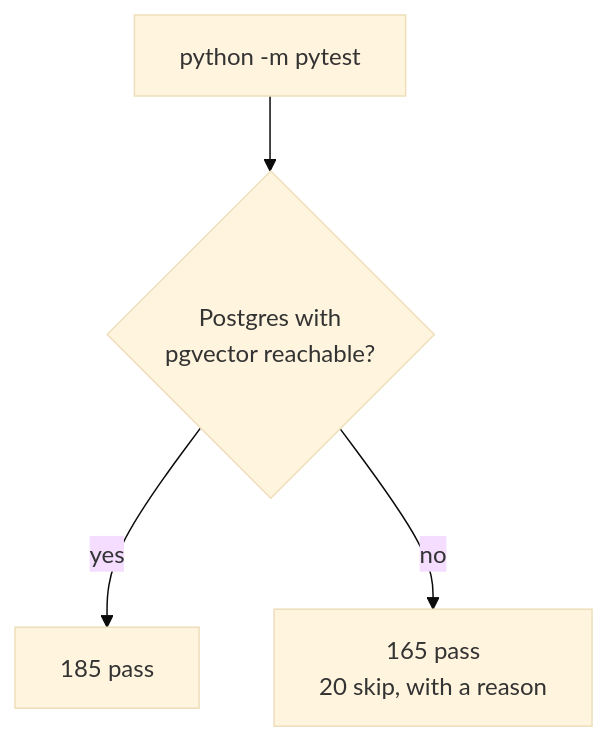
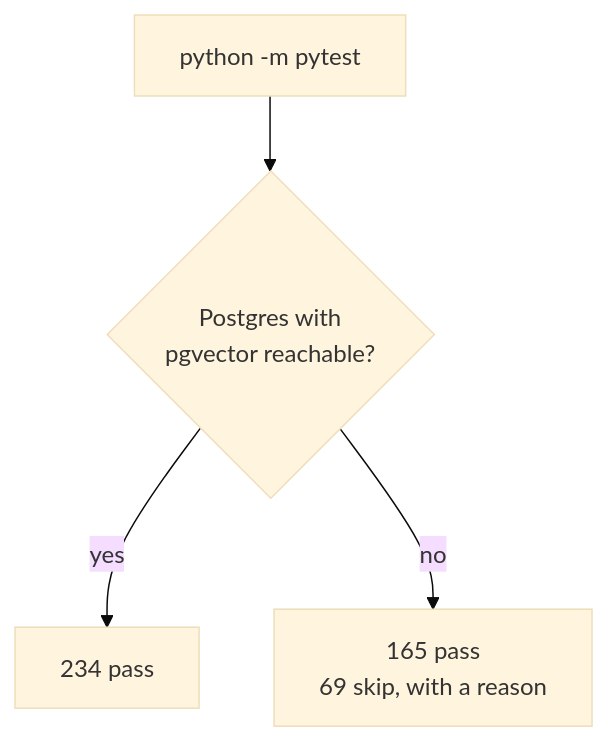
The diagram in backend/tests/README.md (dhanoliya-ji/DocMinds), drawn with Mermaid (base theme) before and after one commit. The commit also changed other lines of this file and 5 other files, not shown here.

````diff
--- a/backend/tests/README.md
+++ b/backend/tests/README.md
@@ -17,6 +17,6 @@
 ```mermaid
 flowchart TD
     A["python -m pytest"] --> P{"Postgres with<br/>pgvector reachable?"}
-    P -->|"yes"| B["185 pass"]
-    P -->|"no"| C["165 pass<br/>20 skip, with a reason"]
+    P -->|"yes"| B["234 pass"]
+    P -->|"no"| C["165 pass<br/>69 skip, with a reason"]
 ```
````
